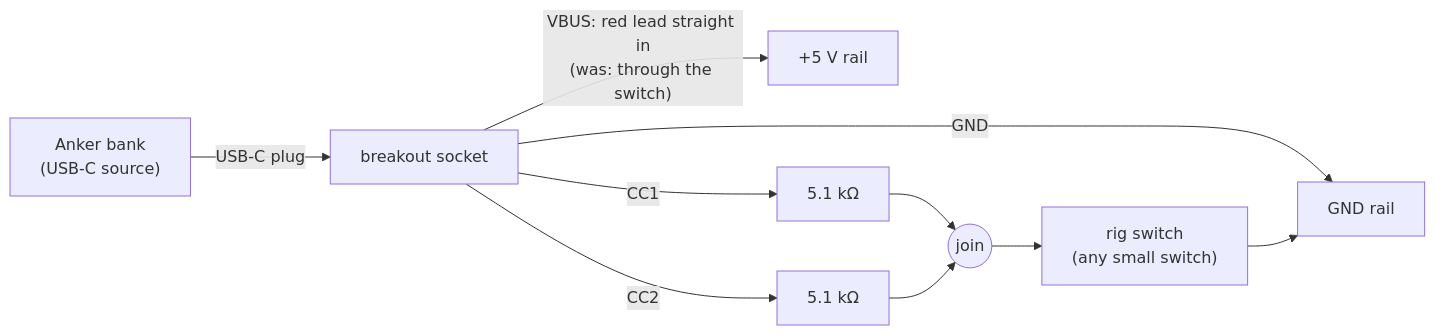
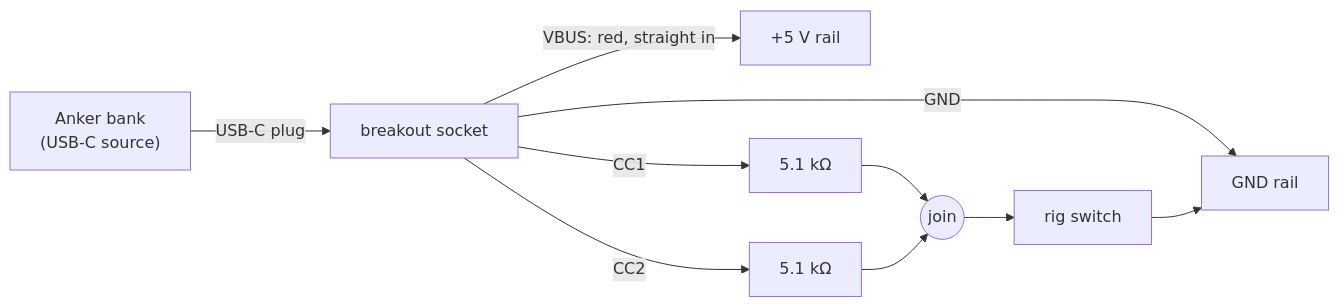
One commit to qurle/x4 changed the second of 2 diagrams in docs/WIRING.md. Above: the diagram before and after it, drawn with Mermaid. The commit also changed other lines of this file and 11 other files, not shown here.

First line of the commit message:
Docs: the rig switch is a CC switch (built)

````diff
--- a/docs/WIRING.md
+++ b/docs/WIRING.md
@@ -199,12 +142,12 @@
 ```mermaid
 flowchart LR
   BANK["Anker bank<br/>(USB-C source)"] -->|"USB-C plug"| REC["breakout socket"]
-  REC -->|"VBUS: red lead straight in<br/>(was: through the switch)"| PRAIL["+5 V rail"]
+  REC -->|"VBUS: red, straight in"| PRAIL["+5 V rail"]
   REC -->|"GND"| GRAIL["GND rail"]
   REC -->|"CC1"| R1["5.1 kΩ"]
   REC -->|"CC2"| R2["5.1 kΩ"]
   R1 --> S(("join"))
   R2 --> S
-  S --> SW["rig switch<br/>(any small switch)"]
+  S --> SW["rig switch"]
   SW --> GRAIL
 ```
````
